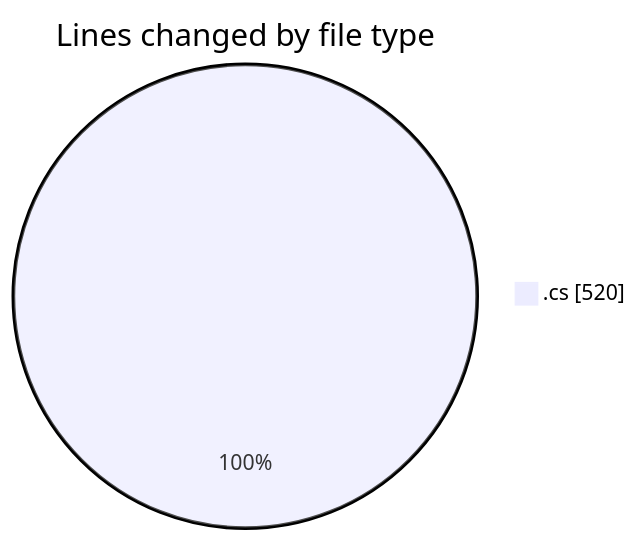
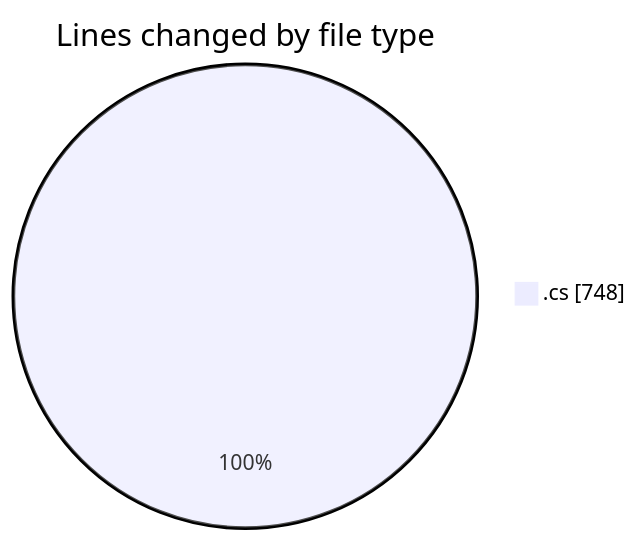
One commit to Netris89/code-tracking changed the first of 2 diagrams in 2025-04-05/back-end/README.md. Above: the diagram before and after it, drawn with Mermaid. The commit also changed other lines of this file and 1 other file, not shown here.

````diff
--- a/2025-04-05/back-end/README.md
+++ b/2025-04-05/back-end/README.md
@@ -21,5 +21,5 @@
 ```mermaid
 pie showData
 title Lines changed by file type
-".cs" : 520
+".cs" : 748
 ```
````
